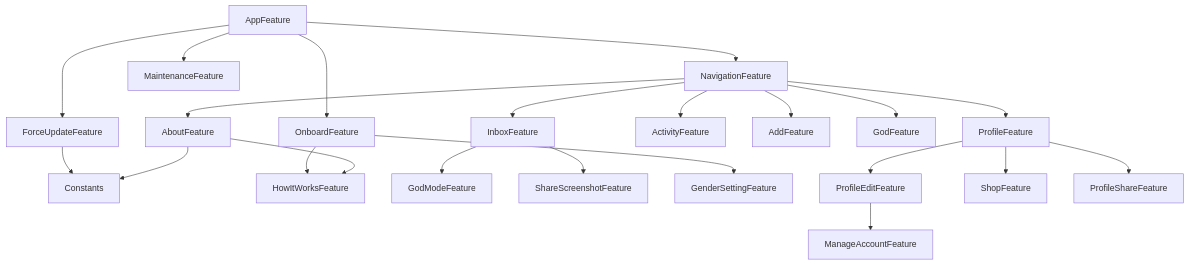
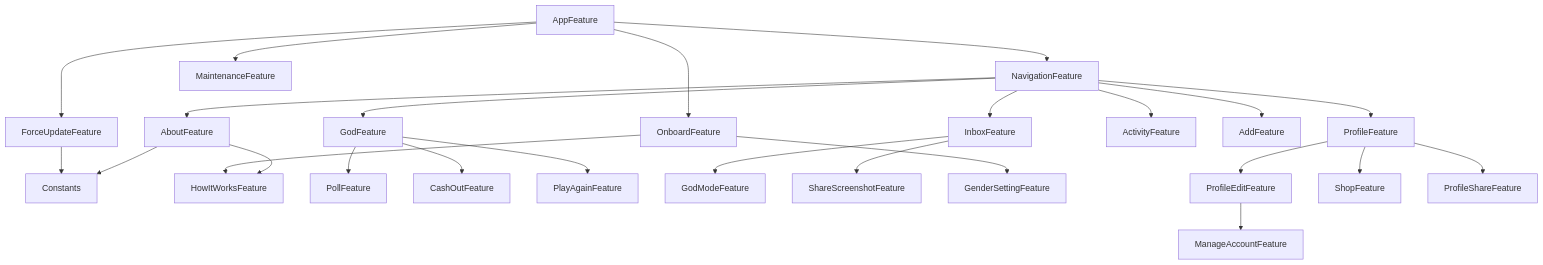
One commit to 0x1-company/god-ios changed the diagram in Packages/GodPackage/README.md. Above: the diagram before and after it, drawn with Mermaid.

Commit message:
Run dgraph

````diff
--- a/Packages/GodPackage/README.md
+++ b/Packages/GodPackage/README.md
@@ -6,24 +6,27 @@
 ```mermaid
 graph TD;
     AboutFeature-->Constants;
     AboutFeature-->HowItWorksFeature;
     AppFeature-->OnboardFeature;
     AppFeature-->NavigationFeature;
     AppFeature-->ForceUpdateFeature;
     AppFeature-->MaintenanceFeature;
     ForceUpdateFeature-->Constants;
+    GodFeature-->PollFeature;
+    GodFeature-->CashOutFeature;
+    GodFeature-->PlayAgainFeature;
     InboxFeature-->GodModeFeature;
     InboxFeature-->ShareScreenshotFeature;
     NavigationFeature-->AboutFeature;
     NavigationFeature-->ActivityFeature;
     NavigationFeature-->AddFeature;
     NavigationFeature-->GodFeature;
     NavigationFeature-->InboxFeature;
     NavigationFeature-->ProfileFeature;
     OnboardFeature-->HowItWorksFeature;
     OnboardFeature-->GenderSettingFeature;
     ProfileEditFeature-->ManageAccountFeature;
     ProfileFeature-->ShopFeature;
     ProfileFeature-->ProfileEditFeature;
     ProfileFeature-->ProfileShareFeature;
 ```
````
